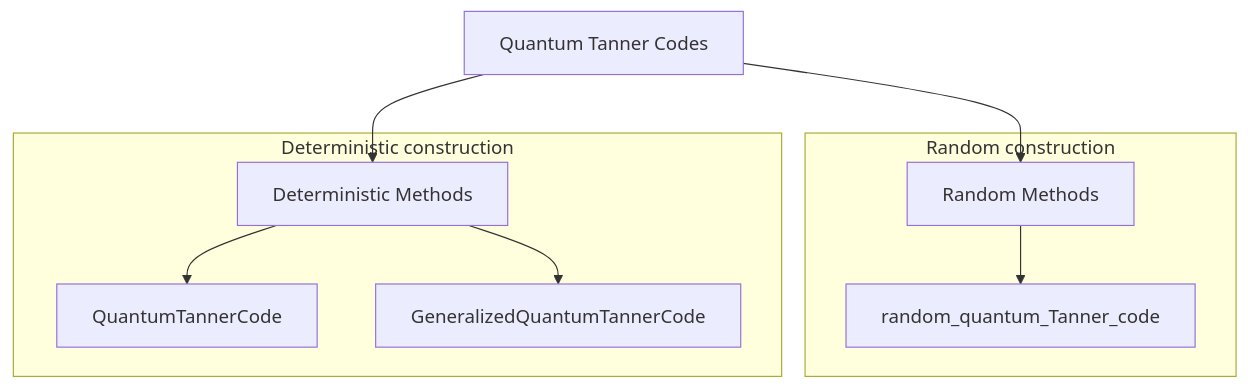
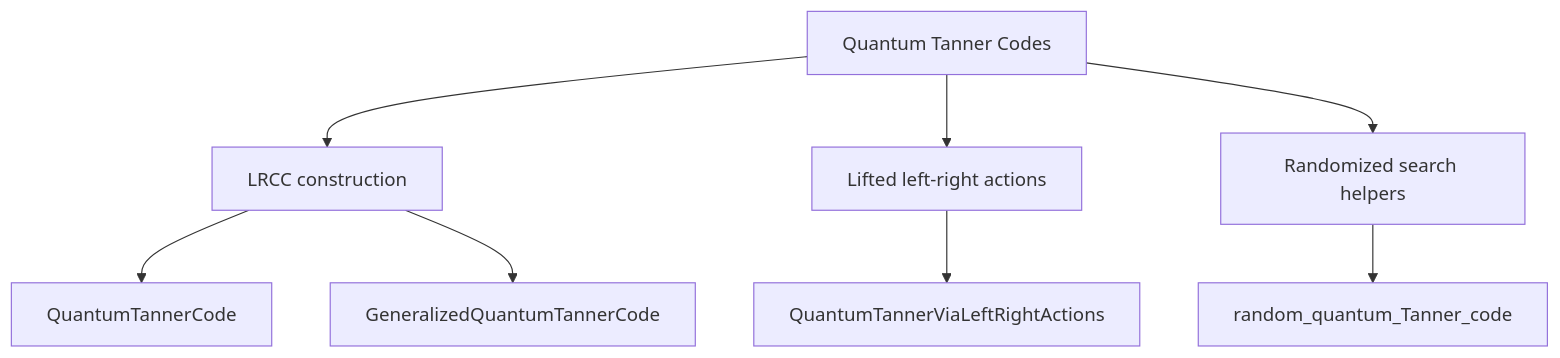
One commit to QuantumSavory/QuantumExpanders.jl changed the first of 2 diagrams in docs/src/index.md. Above: the diagram before and after it, drawn with Mermaid. The commit also changed other lines of this file and 25 other files, not shown here.

First line of the commit message:
manuscript: add Lifted Quantum Tanner Codes implementation from arXiv:2608.12509 and reconstruct codes in tests (#93)

````diff
--- a/docs/src/index.md
+++ b/docs/src/index.md
@@ -7,12 +65,15 @@
 ```mermaid
-graph TD
-    QuantumTannerCodes["Quantum Tanner Codes"] --> RandomMethods["Random Methods"]
-    QuantumTannerCodes --> DeterministicMethods["Deterministic Methods"]
-    subgraph "Random construction"
-        RandomMethods --> RandomQuantumTannerCode["`random_quantum_Tanner_code`"]
-    end
-    subgraph "Deterministic construction"
-        DeterministicMethods --> QuantumTannerCode["`QuantumTannerCode`"]
-        DeterministicMethods --> GeneralizedQuantumTannerCode["`GeneralizedQuantumTannerCode`"]
-    end
+flowchart TD
+    QT["Quantum Tanner Codes"]
+
+    QT --> LRCC["LRCC construction"]
+    QT --> Lifted["Lifted left-right actions"]
+    QT --> Search["Randomized search helpers"]
+
+    LRCC --> QTC["QuantumTannerCode"]
+    LRCC --> GQTC["GeneralizedQuantumTannerCode"]
+
+    Lifted --> LRA["QuantumTannerViaLeftRightActions"]
+
+    Search --> RQTC["random_quantum_Tanner_code"]
 ```
````
